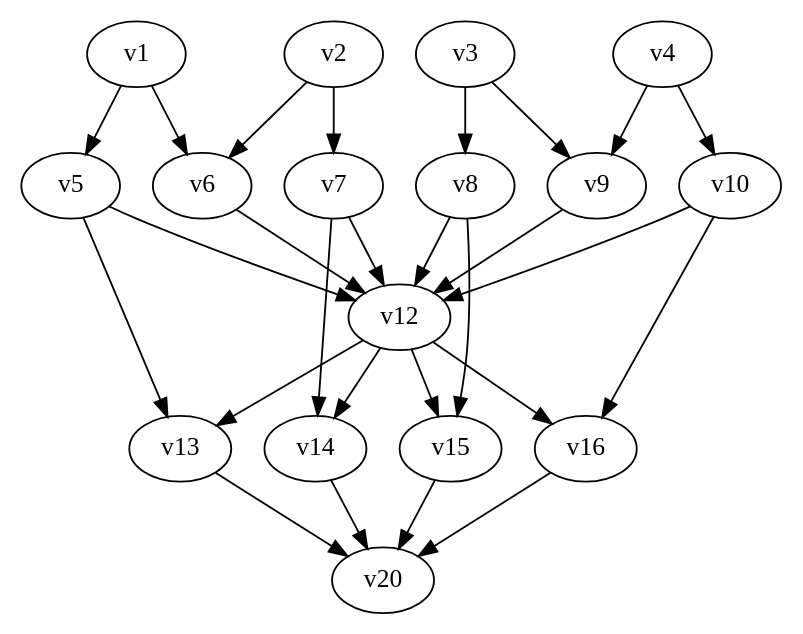
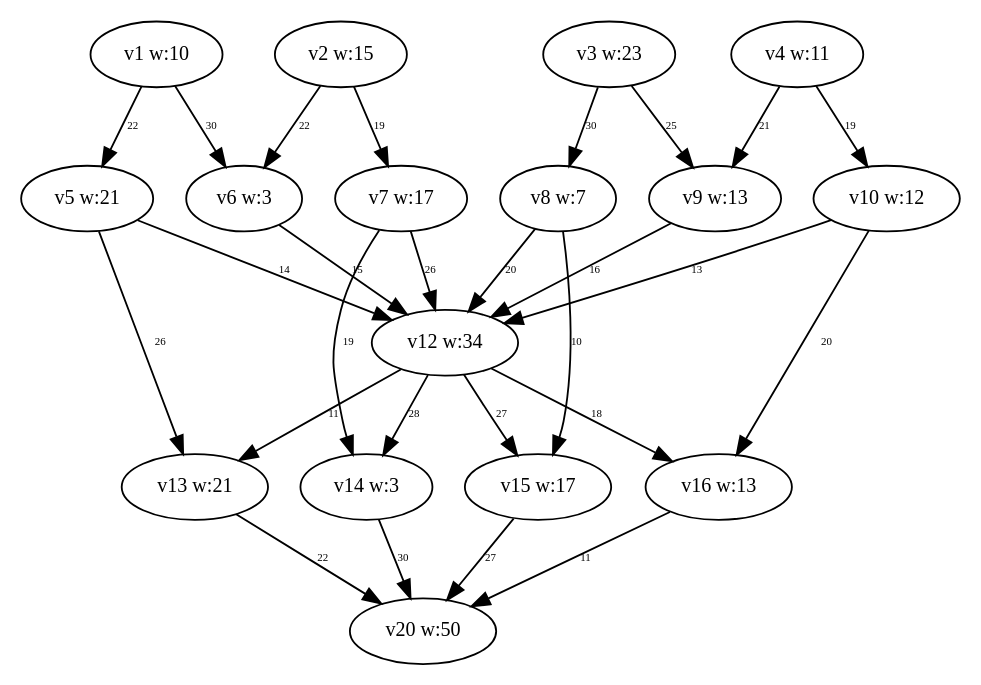
Before and after one commit to dexters1/Task-Scheduling-Based-on-Genetic-Algorithms: the diagram in PythonApplication1/PythonApplication1/test-output/slika_9_Simplified.gv, drawn with Graphviz. The commit also changed 45 other files, not shown here.

```diff
--- a/PythonApplication1/PythonApplication1/test-output/slika_9_Simplified.gv
+++ b/PythonApplication1/PythonApplication1/test-output/slika_9_Simplified.gv
@@ -1,45 +1,44 @@
-// slika_9_Simplified.gv
 digraph {
-	v1 [label=v1]
-	v2 [label=v2]
-	v3 [label=v3]
-	v4 [label=v4]
-	v5 [label=v5]
-	v6 [label=v6]
-	v7 [label=v7]
-	v8 [label=v8]
-	v9 [label=v9]
-	v10 [label=v10]
-	v12 [label=v12]
-	v13 [label=v13]
-	v14 [label=v14]
-	v15 [label=v15]
-	v16 [label=v16]
-	v20 [label=v20]
-	v1 -> v5 [constraint=true]
-	v1 -> v6 [constraint=true]
-	v2 -> v6 [constraint=true]
-	v2 -> v7 [constraint=true]
-	v3 -> v8 [constraint=true]
-	v3 -> v9 [constraint=true]
-	v4 -> v9 [constraint=true]
-	v4 -> v10 [constraint=true]
-	v5 -> v13 [constraint=true]
-	v7 -> v14 [constraint=true]
-	v8 -> v15 [constraint=true]
-	v10 -> v16 [constraint=true]
-	v12 -> v13 [constraint=true]
-	v12 -> v14 [constraint=true]
-	v12 -> v15 [constraint=true]
-	v12 -> v16 [constraint=true]
-	v5 -> v12 [constraint=true]
-	v6 -> v12 [constraint=true]
-	v7 -> v12 [constraint=true]
-	v8 -> v12 [constraint=true]
-	v9 -> v12 [constraint=true]
-	v10 -> v12 [constraint=true]
-	v13 -> v20 [constraint=true]
-	v14 -> v20 [constraint=true]
-	v15 -> v20 [constraint=true]
-	v16 -> v20 [constraint=true]
+	v1 [label="v1 w:10" fontsize=11.0]
+	v2 [label="v2 w:15" fontsize=11.0]
+	v3 [label="v3 w:23" fontsize=11.0]
+	v4 [label="v4 w:11" fontsize=11.0]
+	v5 [label="v5 w:21" fontsize=11.0]
+	v6 [label="v6 w:3" fontsize=11.0]
+	v7 [label="v7 w:17" fontsize=11.0]
+	v8 [label="v8 w:7" fontsize=11.0]
+	v9 [label="v9 w:13" fontsize=11.0]
+	v10 [label="v10 w:12" fontsize=11.0]
+	v12 [label="v12 w:34" fontsize=11.0]
+	v13 [label="v13 w:21" fontsize=11.0]
+	v14 [label="v14 w:3" fontsize=11.0]
+	v15 [label="v15 w:17" fontsize=11.0]
+	v16 [label="v16 w:13" fontsize=11.0]
+	v20 [label="v20 w:50" fontsize=11.0]
+	v1 -> v5 [label=22 constraint=true fontsize=6.0]
+	v1 -> v6 [label=30 constraint=true fontsize=6.0]
+	v2 -> v6 [label=22 constraint=true fontsize=6.0]
+	v2 -> v7 [label=19 constraint=true fontsize=6.0]
+	v3 -> v8 [label=30 constraint=true fontsize=6.0]
+	v3 -> v9 [label=25 constraint=true fontsize=6.0]
+	v4 -> v9 [label=21 constraint=true fontsize=6.0]
+	v4 -> v10 [label=19 constraint=true fontsize=6.0]
+	v5 -> v13 [label=26 constraint=true fontsize=6.0]
+	v7 -> v14 [label=19 constraint=true fontsize=6.0]
+	v8 -> v15 [label=10 constraint=true fontsize=6.0]
+	v10 -> v16 [label=20 constraint=true fontsize=6.0]
+	v12 -> v13 [label=11 constraint=true fontsize=6.0]
+	v12 -> v14 [label=28 constraint=true fontsize=6.0]
+	v12 -> v15 [label=27 constraint=true fontsize=6.0]
+	v12 -> v16 [label=18 constraint=true fontsize=6.0]
+	v5 -> v12 [label=14 constraint=true fontsize=6.0]
+	v6 -> v12 [label=15 constraint=true fontsize=6.0]
+	v7 -> v12 [label=26 constraint=true fontsize=6.0]
+	v8 -> v12 [label=20 constraint=true fontsize=6.0]
+	v9 -> v12 [label=16 constraint=true fontsize=6.0]
+	v10 -> v12 [label=13 constraint=true fontsize=6.0]
+	v13 -> v20 [label=22 constraint=true fontsize=6.0]
+	v14 -> v20 [label=30 constraint=true fontsize=6.0]
+	v15 -> v20 [label=27 constraint=true fontsize=6.0]
+	v16 -> v20 [label=11 constraint=true fontsize=6.0]
 }
```
